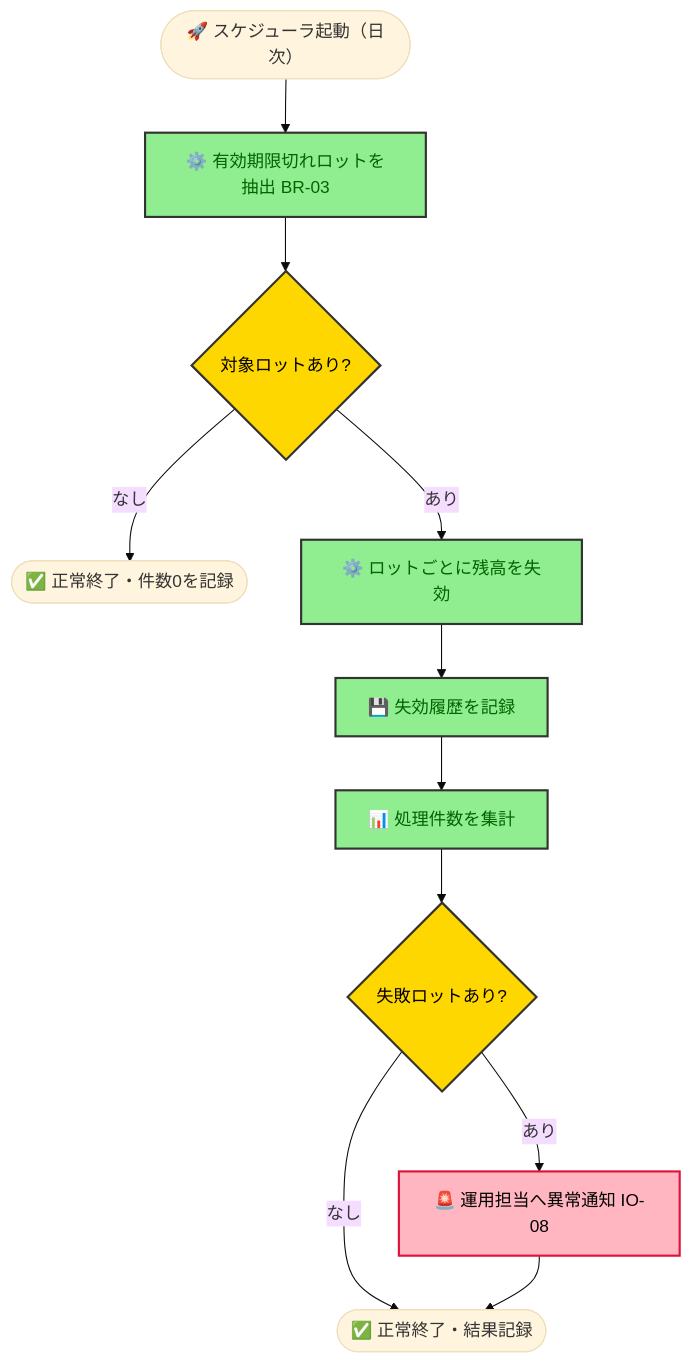
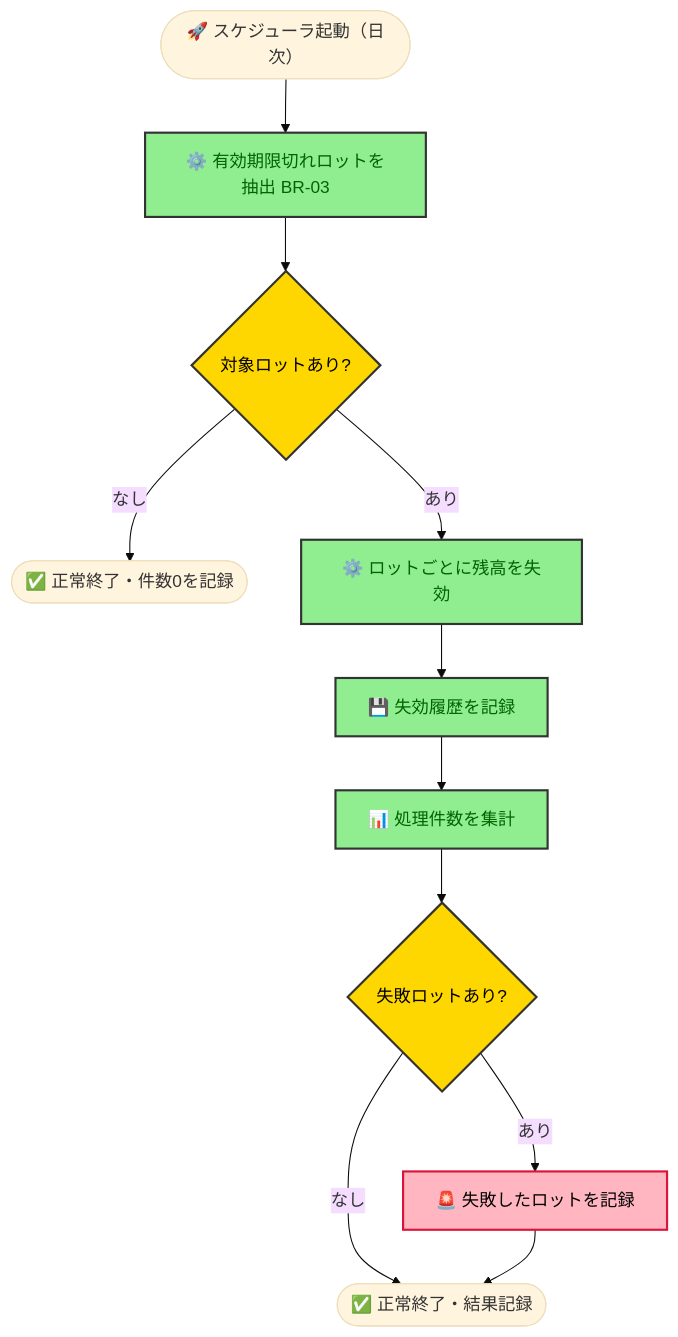
One commit to kasiopeiya/claude-dev-template changed diagram 11 of 13 in samples/docs/requirements.md. Above: the diagram before and after it, drawn with Mermaid (base theme). The commit also changed other lines of this file and 3 other files, not shown here.

````diff
--- a/samples/docs/requirements.md
+++ b/samples/docs/requirements.md
@@ -998,20 +894,20 @@
 ```mermaid
 flowchart TD
     start([🚀 スケジューラ起動（日次）]) --> load[⚙️ 有効期限切れロットを抽出 BR-03]
     load --> check{対象ロットあり?}
     check -->|なし| done([✅ 正常終了・件数0を記録])
     check -->|あり| loop[⚙️ ロットごとに残高を失効]
     loop --> record[💾 失効履歴を記録]
     record --> agg[📊 処理件数を集計]
     agg --> errCheck{失敗ロットあり?}
-    errCheck -->|あり| alert[🚨 運用担当へ異常通知 IO-08]
+    errCheck -->|あり| alert[🚨 失敗したロットを記録]
     errCheck -->|なし| done2([✅ 正常終了・結果記録])
     alert --> done2
 
     classDef step fill:#90EE90,stroke:#333,stroke-width:2px,color:darkgreen
     classDef decision fill:#FFD700,stroke:#333,stroke-width:2px,color:black
     classDef error fill:#FFB6C1,stroke:#DC143C,stroke-width:2px,color:black
     class load,loop,record,agg step
     class check,errCheck decision
     class alert error
 ```
````
